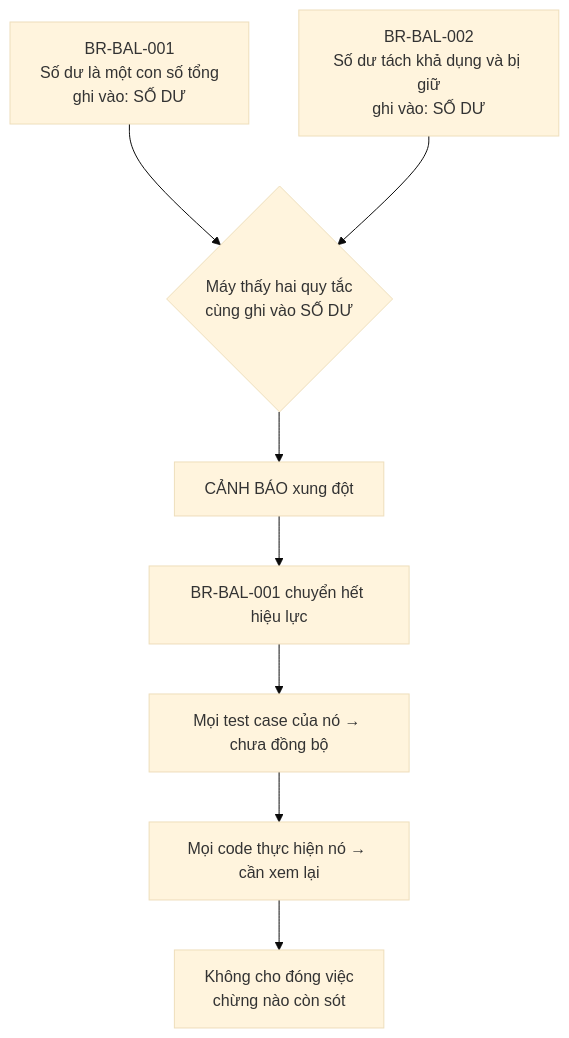
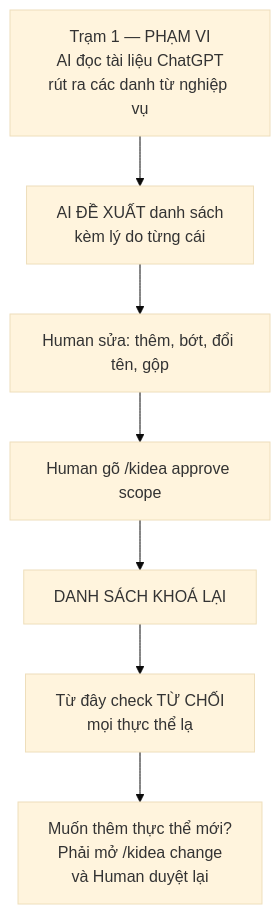
The third of 6 diagrams in answer.md (Kynderis/kendrick-ai-tools), drawn with Mermaid (base theme) before and after one commit. The commit also changed other lines of this file and 4 other files, not shown here.

````diff
--- a/answer.md
+++ b/answer.md
@@ -73,10 +121,9 @@
 ```mermaid
 flowchart TD
-    A["BR-BAL-001<br/>Số dư là một con số tổng<br/>ghi vào: SỐ DƯ"] --> C{"Máy thấy hai quy tắc<br/>cùng ghi vào SỐ DƯ"}
-    B["BR-BAL-002<br/>Số dư tách khả dụng và bị giữ<br/>ghi vào: SỐ DƯ"] --> C
-    C --> D["CẢNH BÁO xung đột"]
-    D --> E["BR-BAL-001 chuyển hết hiệu lực"]
-    E --> F["Mọi test case của nó → chưa đồng bộ"]
-    F --> G["Mọi code thực hiện nó → cần xem lại"]
-    G --> H["Không cho đóng việc<br/>chừng nào còn sót"]
+    A["Trạm 1 — PHẠM VI<br/>AI đọc tài liệu ChatGPT<br/>rút ra các danh từ nghiệp vụ"] --> B["AI ĐỀ XUẤT danh sách<br/>kèm lý do từng cái"]
+    B --> C["Human sửa: thêm, bớt, đổi tên, gộp"]
+    C --> D["Human gõ /kidea approve scope"]
+    D --> E["DANH SÁCH KHOÁ LẠI"]
+    E --> F["Từ đây check TỪ CHỐI<br/>mọi thực thể lạ"]
+    F --> G["Muốn thêm thực thể mới?<br/>Phải mở /kidea change<br/>và Human duyệt lại"]
 ```
````
